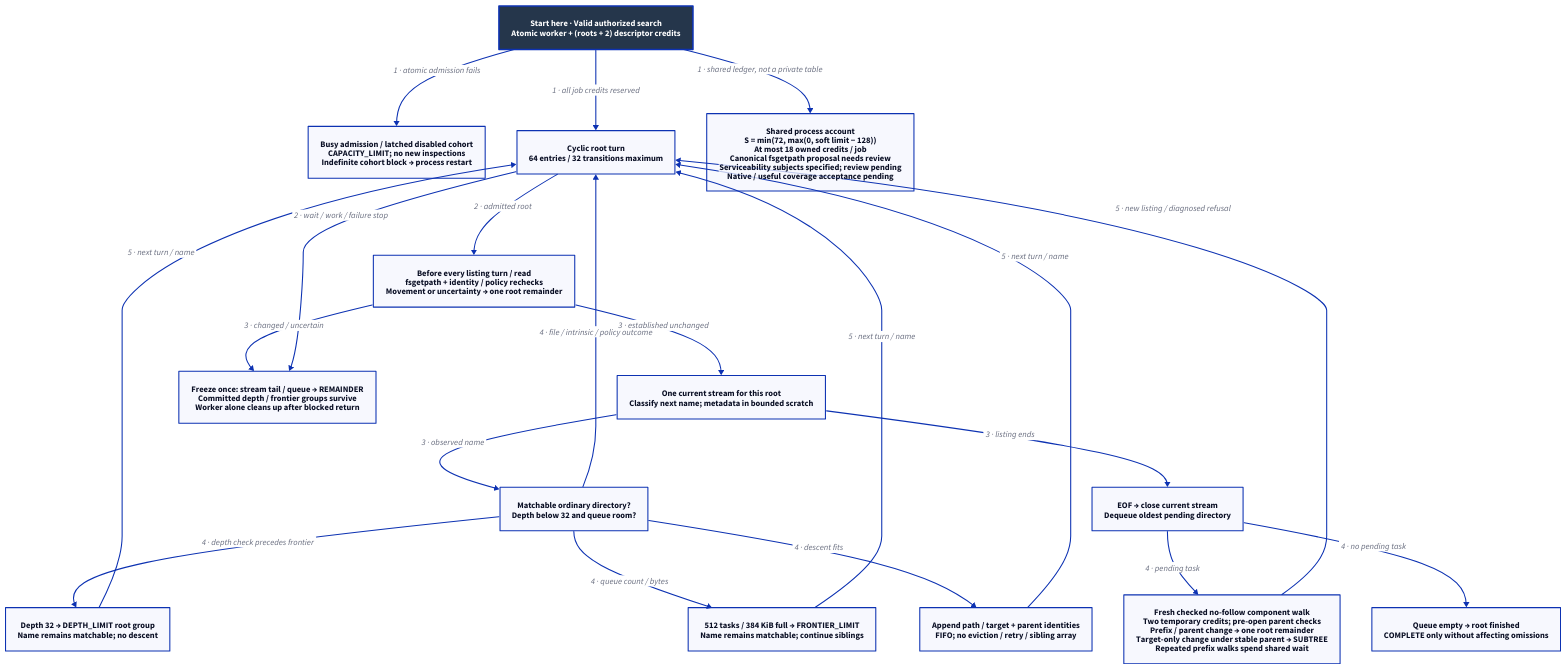
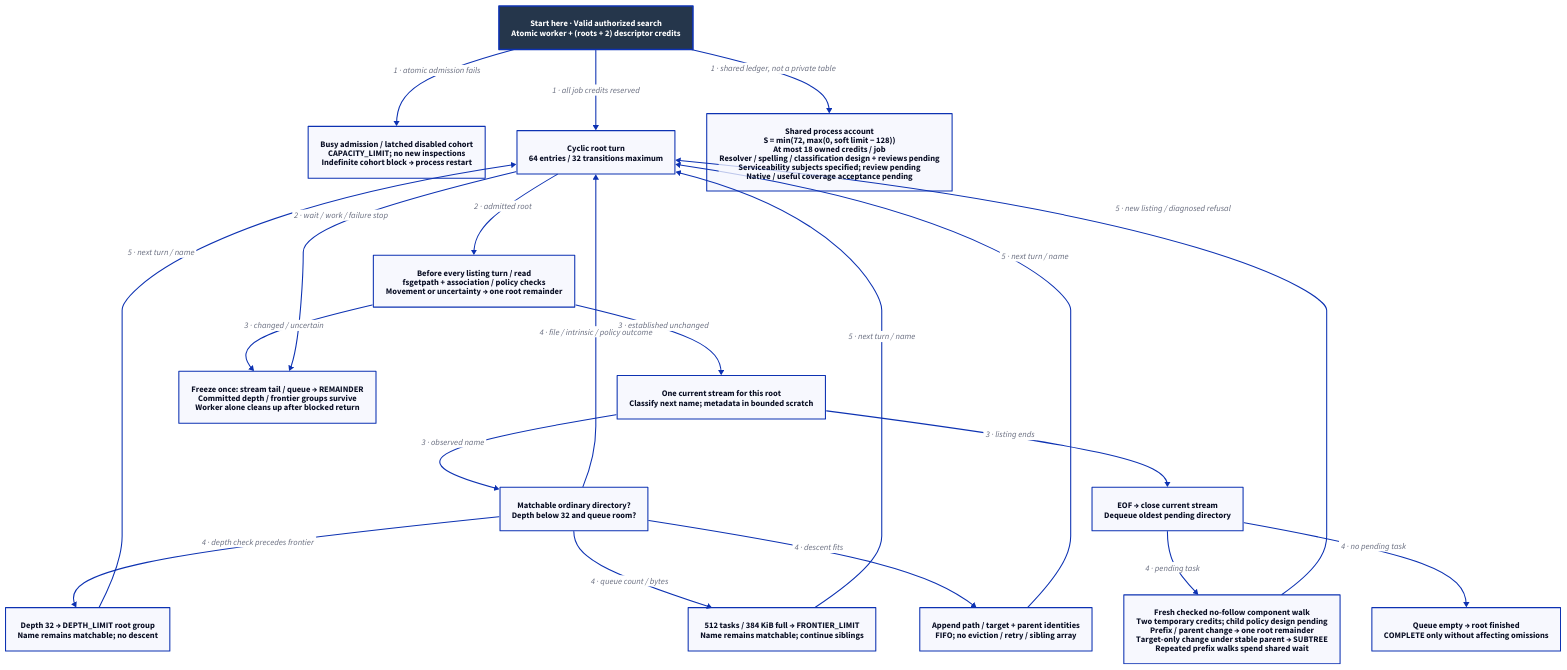
One commit to Linkuistics/Koine changed the diagram in docs/design/architecture/search-traversal.d2. Above: the diagram before and after it, drawn with D2. The commit also changed 31 other files, not shown here.

First line of the commit message:
search-canonical-paths-k121: integrate canonical-path review

```diff
--- a/docs/design/architecture/search-traversal.d2
+++ b/docs/design/architecture/search-traversal.d2
@@ -1,38 +1,38 @@
 # Proposed per-root algorithm; process account is shared by every job/instance.
 direction: down
 classes: {
   start: {style: {fill: "#25364B"; font-color: "#FFFFFF"; bold: true; stroke-width: 3}}
 }
 Start: "Start here · Valid authorized search\nAtomic worker + (roots + 2) descriptor credits" {class: start}
 Refuse: "Busy admission / latched disabled cohort\nCAPACITY_LIMIT; no new inspections\nIndefinite cohort block → process restart"
 Cycle: "Cyclic root turn\n64 entries / 32 transitions maximum"
-Check: "Before every listing turn / read\nfsgetpath + identity / policy rechecks\nMovement or uncertainty → one root remainder"
+Check: "Before every listing turn / read\nfsgetpath + association / policy checks\nMovement or uncertainty → one root remainder"
 Stream: "One current stream for this root\nClassify next name; metadata in bounded scratch"
 Anchor: "Matchable ordinary directory?\nDepth below 32 and queue room?"
 Depth: "Depth 32 → DEPTH_LIMIT root group\nName remains matchable; no descent"
 Frontier: "512 tasks / 384 KiB full → FRONTIER_LIMIT\nName remains matchable; continue siblings"
 Queue: "Append path / target + parent identities\nFIFO; no eviction / retry / sibling array"
 EOF: "EOF → close current stream\nDequeue oldest pending directory"
 Done: "Queue empty → root finished\nCOMPLETE only without affecting omissions"
-Walk: "Fresh checked no-follow component walk\nTwo temporary credits; pre-open parent checks\nPrefix / parent change → one root remainder\nTarget-only change under stable parent → SUBTREE\nRepeated prefix walks spend shared wait"
+Walk: "Fresh checked no-follow component walk\nTwo temporary credits; child policy design pending\nPrefix / parent change → one root remainder\nTarget-only change under stable parent → SUBTREE\nRepeated prefix walks spend shared wait"
 Stop: "Freeze once: stream tail / queue → REMAINDER\nCommitted depth / frontier groups survive\nWorker alone cleans up after blocked return"
-Limits: "Shared process account\nS = min(72, max(0, soft limit − 128))\nAt most 18 owned credits / job\nCanonical fsgetpath proposal needs review\nServiceability subjects specified; review pending\nNative / useful coverage acceptance pending"
+Limits: "Shared process account\nS = min(72, max(0, soft limit − 128))\nAt most 18 owned credits / job\nResolver / spelling / classification design + reviews pending\nServiceability subjects specified; review pending\nNative / useful coverage acceptance pending"
 Start -> Refuse: "1 · atomic admission fails"
 Start -> Cycle: "1 · all job credits reserved"
 Start -> Limits: "1 · shared ledger, not a private table"
 Cycle -> Check: "2 · admitted root"
 Check -> Stream: "3 · established unchanged"
 Check -> Stop: "3 · changed / uncertain"
 Stream -> Anchor: "3 · observed name"
 Anchor -> Depth: "4 · depth check precedes frontier"
 Anchor -> Frontier: "4 · queue count / bytes"
 Anchor -> Queue: "4 · descent fits"
 Anchor -> Cycle: "4 · file / intrinsic / policy outcome"
 Depth -> Cycle: "5 · next turn / name"
 Frontier -> Cycle: "5 · next turn / name"
 Queue -> Cycle: "5 · next turn / name"
 Stream -> EOF: "3 · listing ends"
 EOF -> Walk: "4 · pending task"
 EOF -> Done: "4 · no pending task"
 Walk -> Cycle: "5 · new listing / diagnosed refusal"
 Cycle -> Stop: "2 · wait / work / failure stop"
```
